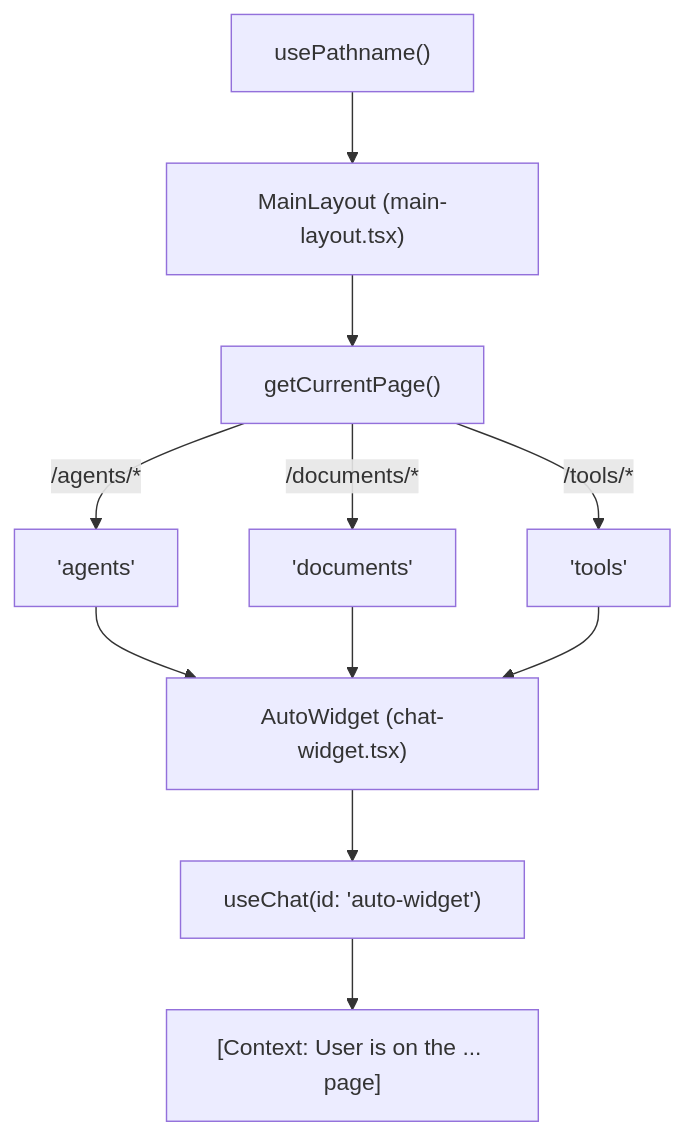
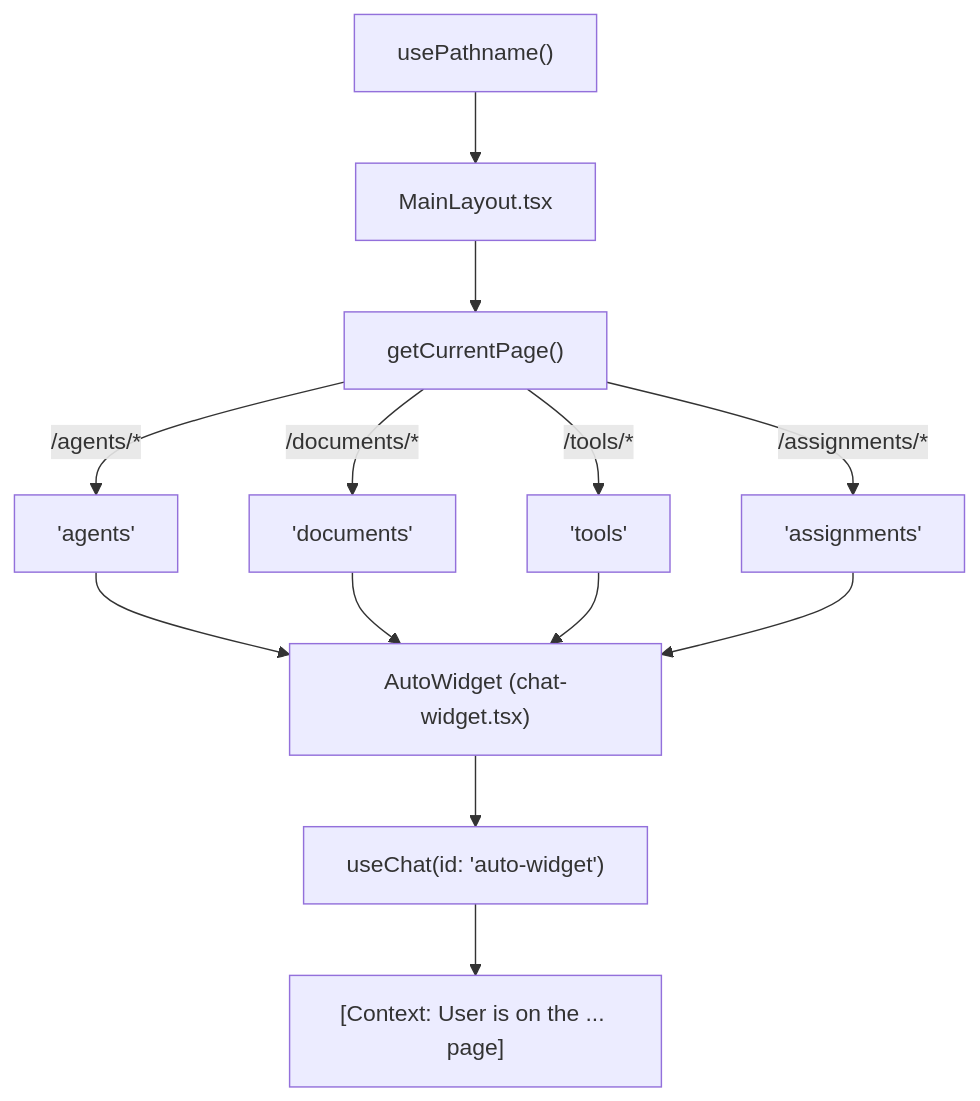
The first of 2 diagrams in docs/frontend-architecture/application-structure.md (AutomatosAI/automatos-ai), drawn with Mermaid before and after one commit. The commit also changed other lines of this file and 191 other files, not shown here.

````diff
--- a/docs/frontend-architecture/application-structure.md
+++ b/docs/frontend-architecture/application-structure.md
@@ -87,16 +114,18 @@
 ```mermaid
 graph TD
-    Path["usePathname()"] --> Layout["MainLayout (main-layout.tsx)"]
+    Path["usePathname()"] --> Layout["MainLayout.tsx"]
     Layout --> ContextFn["getCurrentPage()"]
     
     ContextFn -- "/agents/*" --> AgentCtx["'agents'"]
     ContextFn -- "/documents/*" --> DocCtx["'documents'"]
     ContextFn -- "/tools/*" --> ToolCtx["'tools'"]
+    ContextFn -- "/assignments/*" --> AssignCtx["'assignments'"]
     
     AgentCtx --> Widget["AutoWidget (chat-widget.tsx)"]
     DocCtx --> Widget
     ToolCtx --> Widget
+    AssignCtx --> Widget
     
     Widget --> ChatHook["useChat(id: 'auto-widget')"]
     ChatHook --> Hint["[Context: User is on the ... page]"]
 ```
````
